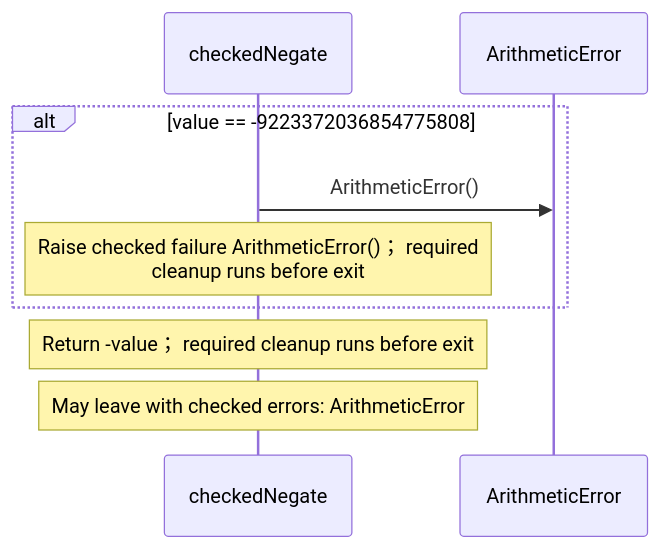
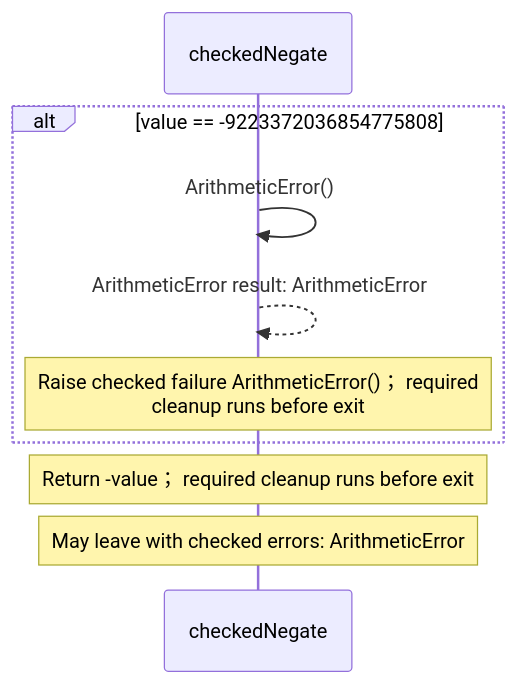
The fifth of 7 diagrams in src/stdlib/math/integers.aug.diagrams.md (GreenPandaStudios/augscript), drawn with Mermaid before and after one commit. The commit also changed other lines of this file and 304 other files, not shown here.

Commit message:
Make generated data-flow sequences concise and review every diagram

````diff
--- a/src/stdlib/math/integers.aug.diagrams.md
+++ b/src/stdlib/math/integers.aug.diagrams.md
@@ -112,11 +105,12 @@
 ```mermaid
 sequenceDiagram
     participant p0 as checkedNegate
-    participant p1 as ArithmeticError
+
     alt value == -9223372036854775808
-    p0->>p1: ArithmeticError()
+    p0->>p0: ArithmeticError()
+    p0-->>p0: ArithmeticError result: ArithmeticError
     Note over p0: Raise checked failure ArithmeticError()； required<br/>cleanup runs before exit
     end
     Note over p0: Return -value； required cleanup runs before exit
     Note over p0: May leave with checked errors: ArithmeticError
 ```
````
